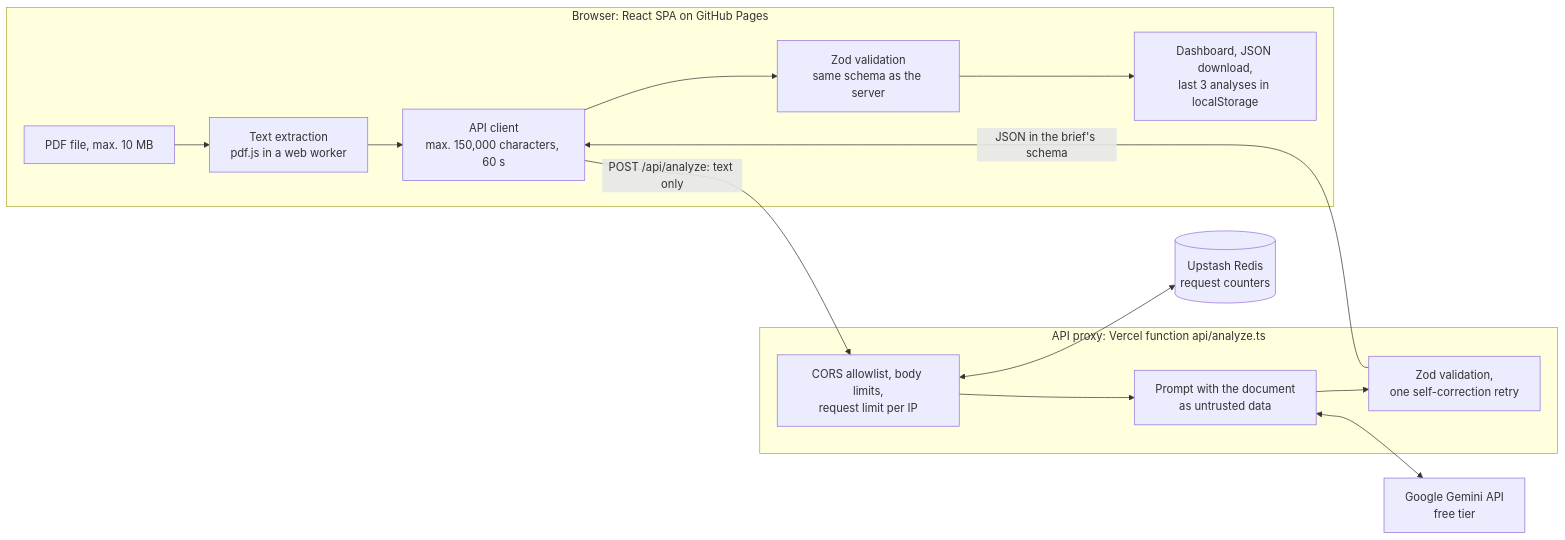
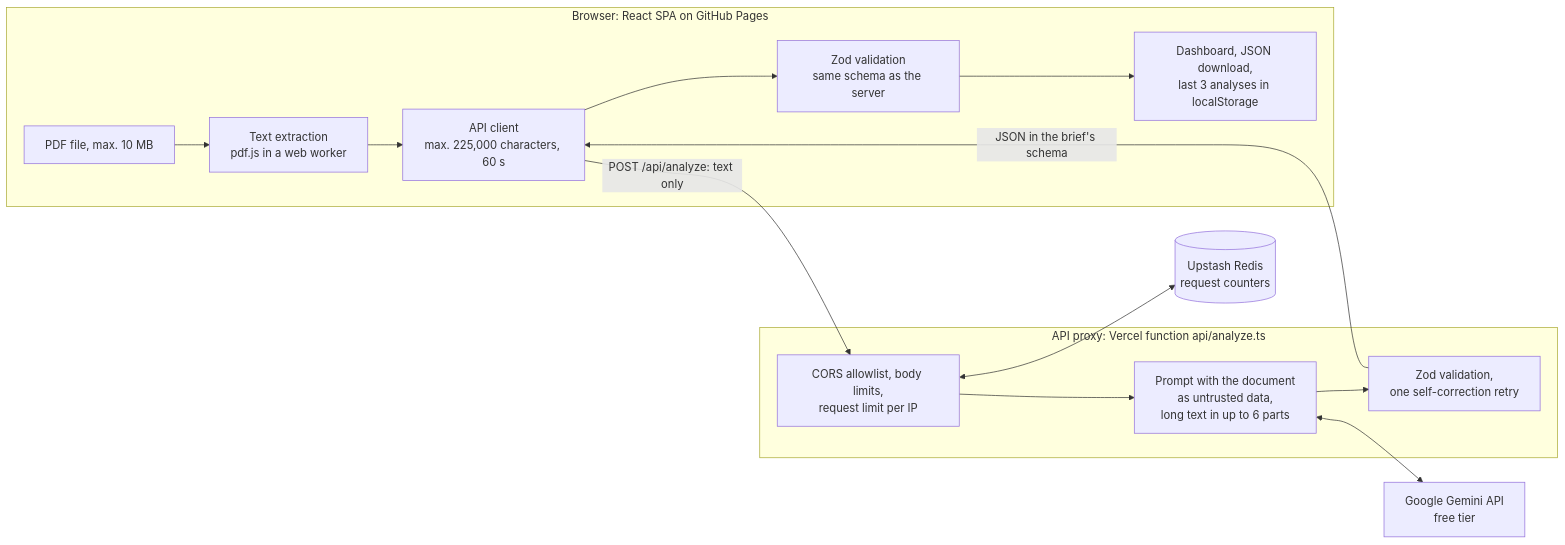
Before and after one commit to devTomaszStoklosa/PDF-Insight: the diagram in README.md, drawn with Mermaid. The commit also changed other lines of this file, not shown here.

First line of the commit message:
docs: describe the analysis of long documents

````diff
--- a/README.md
+++ b/README.md
@@ -14,19 +14,19 @@
 ```mermaid
 flowchart LR
   subgraph Browser["Browser: React SPA on GitHub Pages"]
     PDF["PDF file, max. 10 MB"] --> Extract["Text extraction<br/>pdf.js in a web worker"]
-    Extract --> Client["API client<br/>max. 150,000 characters, 60 s"]
+    Extract --> Client["API client<br/>max. 225,000 characters, 60 s"]
     Client --> Check["Zod validation<br/>same schema as the server"]
     Check --> UI["Dashboard, JSON download,<br/>last 3 analyses in localStorage"]
   end
   subgraph Vercel["API proxy: Vercel function api/analyze.ts"]
-    Guard["CORS allowlist, body limits,<br/>request limit per IP"] --> Prompt["Prompt with the document<br/>as untrusted data"]
+    Guard["CORS allowlist, body limits,<br/>request limit per IP"] --> Prompt["Prompt with the document<br/>as untrusted data,<br/>long text in up to 6 parts"]
     Prompt --> Validate["Zod validation,<br/>one self-correction retry"]
   end
   Redis[("Upstash Redis<br/>request counters")]
   Gemini["Google Gemini API<br/>free tier"]
   Client -- "POST /api/analyze: text only" --> Guard
   Guard <--> Redis
   Prompt <--> Gemini
   Validate -- "JSON in the brief's schema" --> Client
 ```
````
